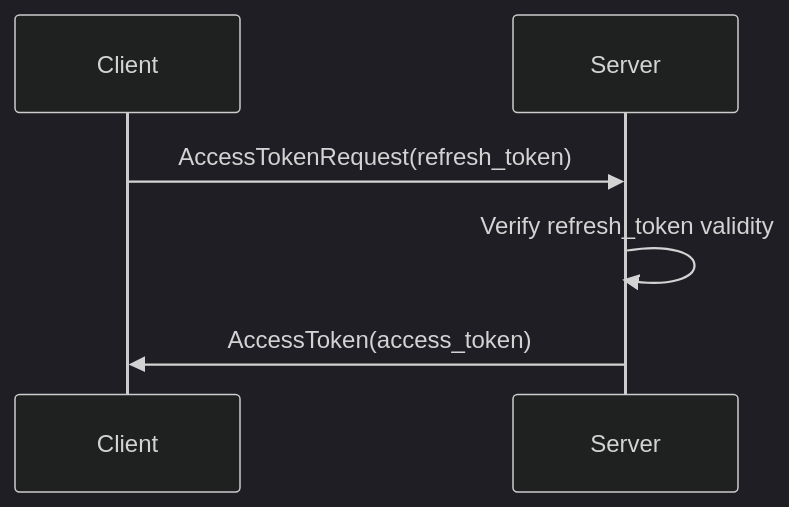
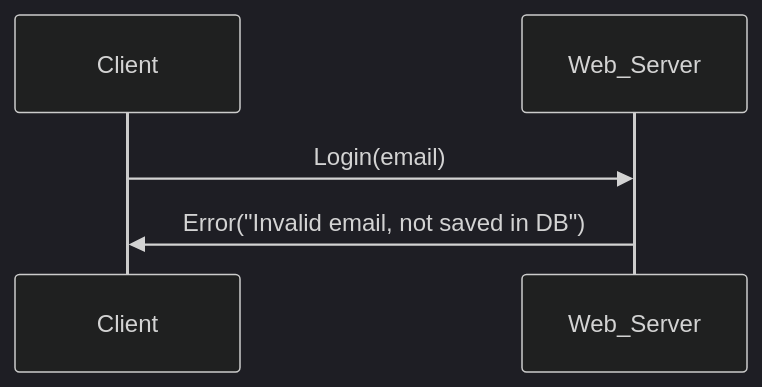
The fourth of 8 diagrams in kova/authentication/docs.md (adimian/kova), drawn with Mermaid (dark theme) before and after one commit. The commit also changed other lines of this file and 46 other files, not shown here.

````diff
--- a/kova/authentication/docs.md
+++ b/kova/authentication/docs.md
@@ -22,6 +34,6 @@
 ```mermaid
 sequenceDiagram
-    Client ->> Server: AccessTokenRequest(refresh_token)
-    Server ->> Server: Verify refresh_token validity
-    Server ->> Client: AccessToken(access_token)
+    Client ->> Web_Server: Login(email)
+    Web_Server ->> Client: Error("Invalid email, not saved in DB")
+
 ```
````
